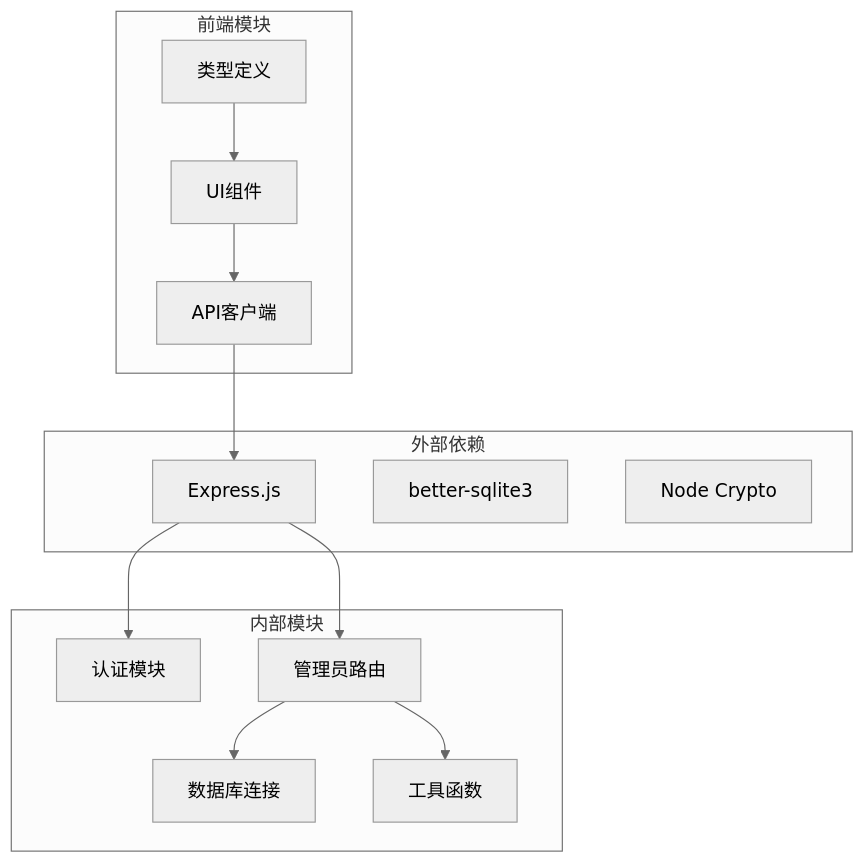
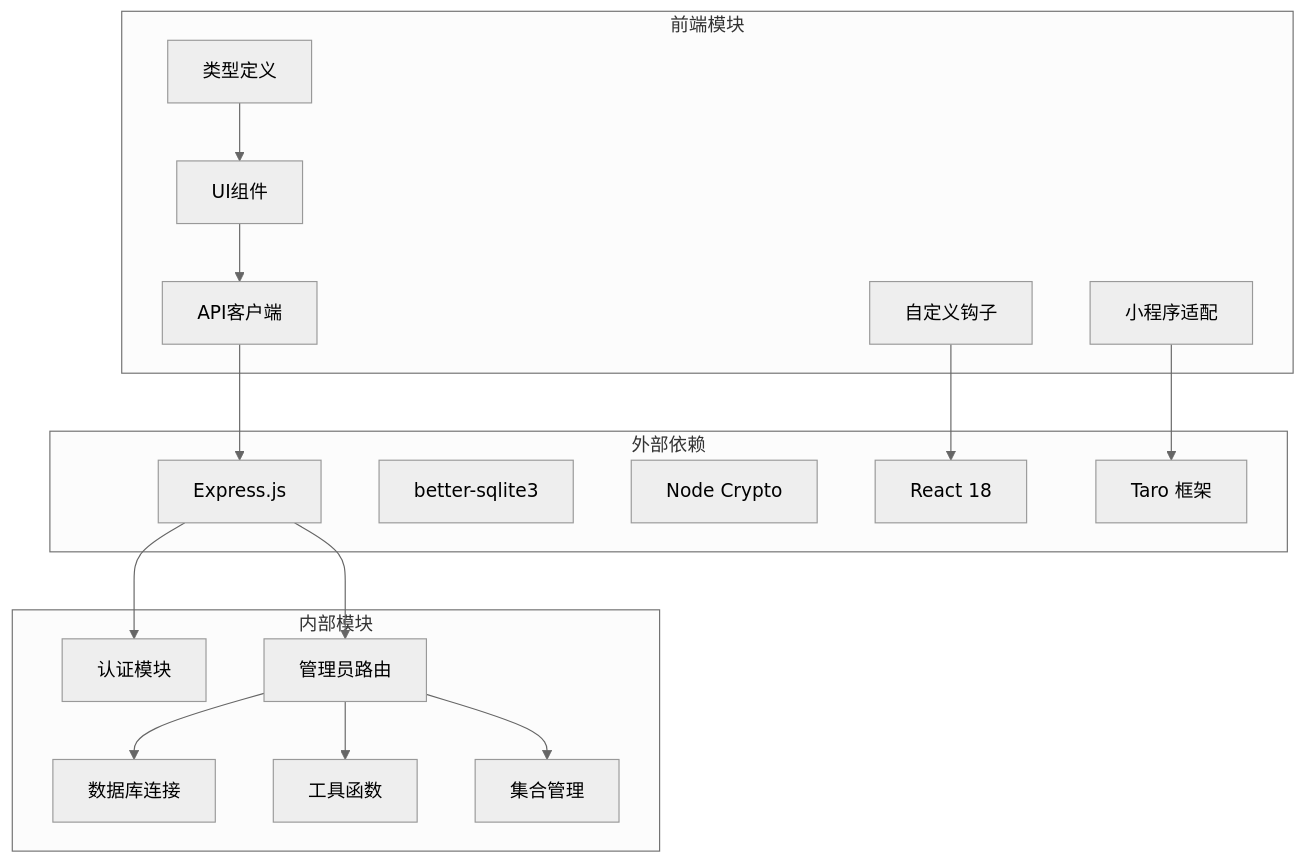
One commit to ititjjy/AITrip-plan changed diagram 17 of 17 in .qoder/repowiki/zh/content/后端API架构/管理员路由系统.md. Above: the diagram before and after it, drawn with Mermaid (neutral theme). The commit also changed other lines of this file and 17 other files, not shown here.

````diff
--- a/.qoder/repowiki/zh/content/后端API架构/管理员路由系统.md
+++ b/.qoder/repowiki/zh/content/后端API架构/管理员路由系统.md
@@ -374,26 +694,34 @@
 ```mermaid
 graph TB
 subgraph "外部依赖"
 Express[Express.js]
 BetterSQLite[better-sqlite3]
 Crypto[Node Crypto]
+React[React 18]
+Taro[Taro 框架]
 end
 subgraph "内部模块"
 Auth[认证模块]
 AdminRoutes[管理员路由]
 DB[数据库连接]
 Utils[工具函数]
+Collection[集合管理]
 end
 subgraph "前端模块"
 API[API客户端]
 Components[UI组件]
 Types[类型定义]
+Hooks[自定义钩子]
+MiniProgram[小程序适配]
 end
 Express --> AdminRoutes
 Express --> Auth
 AdminRoutes --> DB
 AdminRoutes --> Utils
+AdminRoutes --> Collection
 API --> Express
 Components --> API
 Types --> Components
+Hooks --> React
+MiniProgram --> Taro
 ```
````
